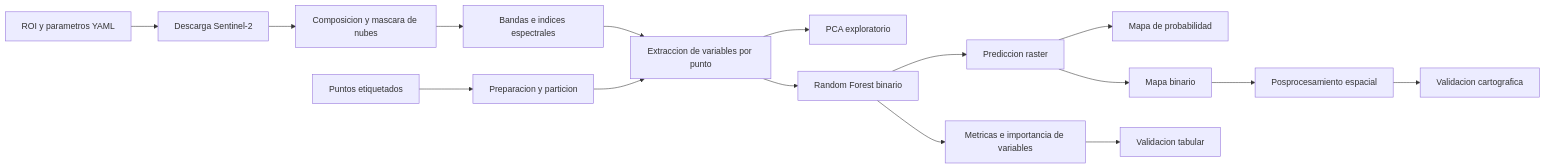
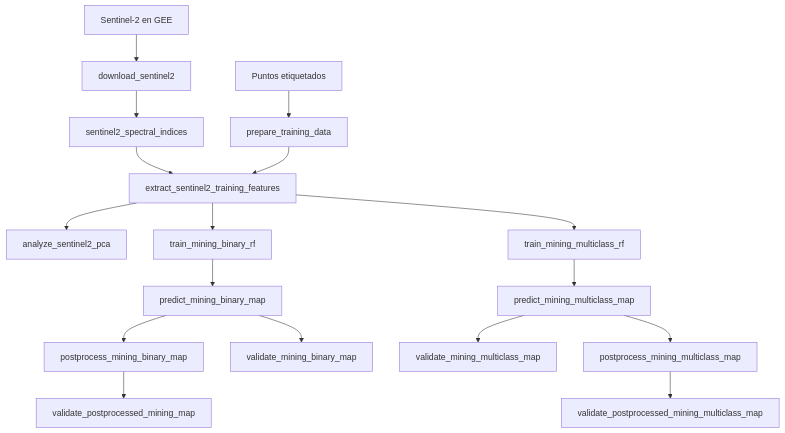
One commit to KevinReyes95-04/Proyecto_programacionSIG changed the first of 16 diagrams in docs/proyecto_final.qmd. Above: the diagram before and after it, drawn with Mermaid. The commit also changed other lines of this file and 55 other files, not shown here.

````diff
--- a/docs/proyecto_final.qmd
+++ b/docs/proyecto_final.qmd
@@ -366,18 +313,19 @@
 ```{mermaid}
-flowchart LR
-  A[ROI y parametros YAML] --> B[Descarga Sentinel-2]
-  B --> C[Composicion y mascara de nubes]
-  C --> D[Bandas e indices espectrales]
-  E[Puntos etiquetados] --> F[Preparacion y particion]
-  D --> G[Extraccion de variables por punto]
-  F --> G
-  G --> H[PCA exploratorio]
-  G --> I[Random Forest binario]
-  I --> J[Metricas e importancia de variables]
-  I --> K[Prediccion raster]
-  K --> L[Mapa de probabilidad]
-  K --> M[Mapa binario]
-  M --> N[Posprocesamiento espacial]
-  J --> O[Validacion tabular]
-  N --> P[Validacion cartografica]
+flowchart TD
+  A[Sentinel-2 en GEE] --> B[download_sentinel2]
+  B --> C[sentinel2_spectral_indices]
+  D[Puntos etiquetados] --> E[prepare_training_data]
+  C --> F[extract_sentinel2_training_features]
+  E --> F
+  F --> G[analyze_sentinel2_pca]
+  F --> H[train_mining_binary_rf]
+  H --> I[predict_mining_binary_map]
+  I --> J[postprocess_mining_binary_map]
+  I --> K[validate_mining_binary_map]
+  J --> L[validate_postprocessed_mining_map]
+  F --> M[train_mining_multiclass_rf]
+  M --> N[predict_mining_multiclass_map]
+  N --> O[validate_mining_multiclass_map]
+  N --> P[postprocess_mining_multiclass_map]
+  P --> Q[validate_postprocessed_mining_multiclass_map]
 ```
````
